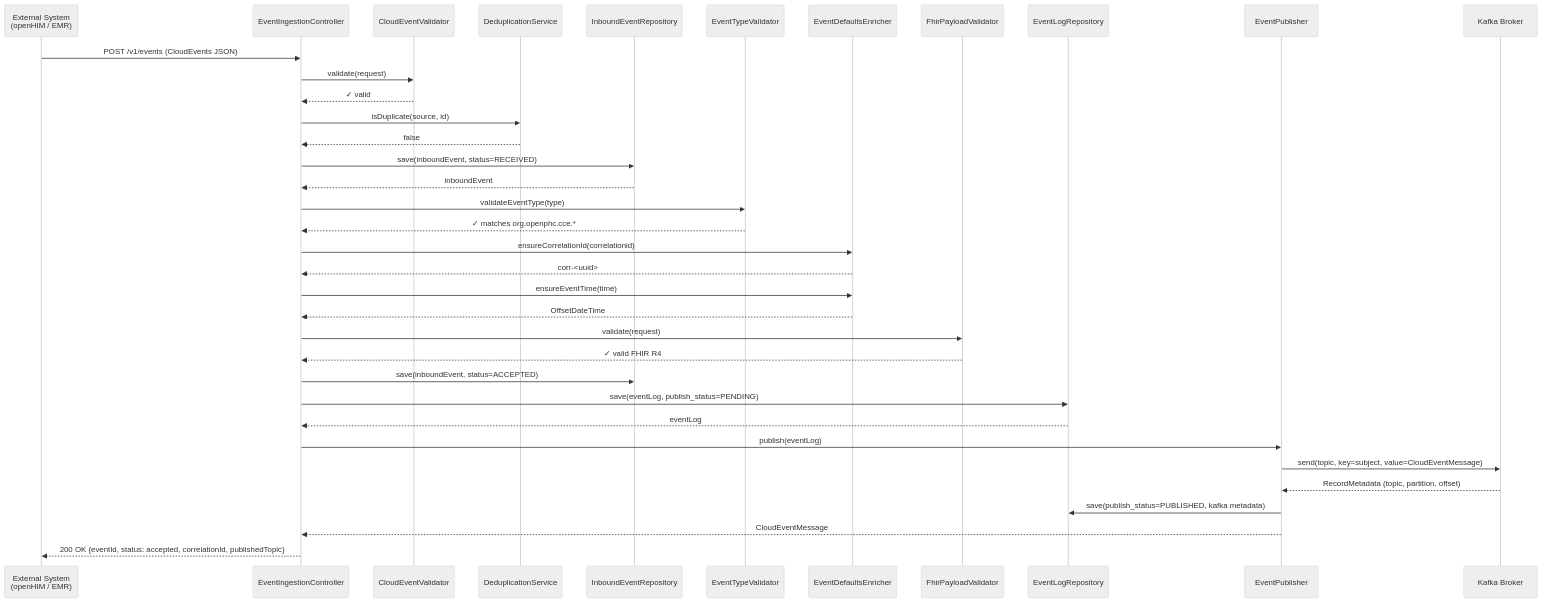
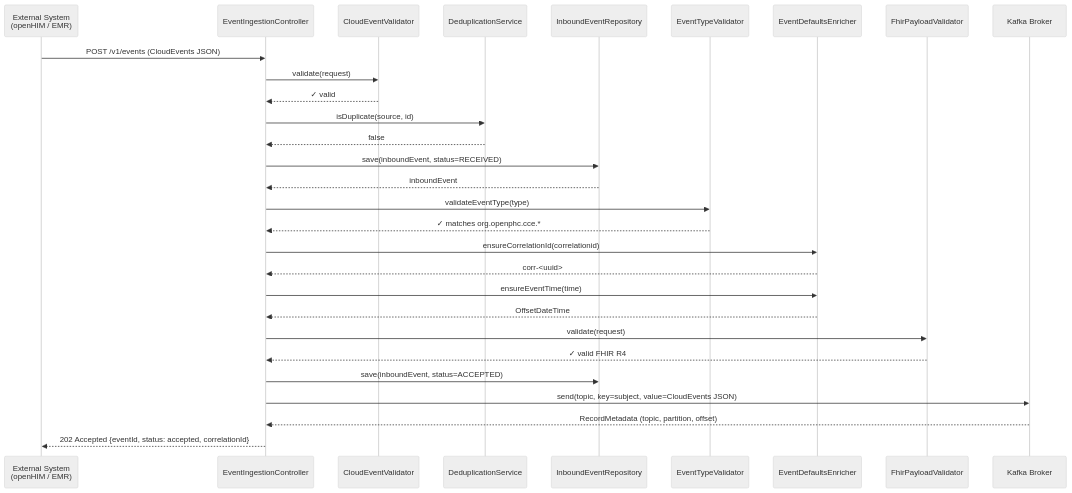
One commit to Jayaprakash8887/cce-collector-service changed the second of 7 diagrams in docs/flow-diagrams.md. Above: the diagram before and after it, drawn with Mermaid (neutral theme). The commit also changed other lines of this file and 6 other files, not shown here.

````diff
--- a/docs/flow-diagrams.md
+++ b/docs/flow-diagrams.md
@@ -61,47 +59,39 @@
 ```mermaid
 sequenceDiagram
     participant Client as External System<br/>(openHIM / EMR)
     participant Controller as EventIngestionController
     participant Validator as CloudEventValidator
     participant Dedup as DeduplicationService
     participant Repo as InboundEventRepository
     participant TypeValidator as EventTypeValidator
     participant Defaults as EventDefaultsEnricher
     participant FHIR as FhirPayloadValidator
-    participant EventLog as EventLogRepository
-    participant Publisher as EventPublisher
     participant Kafka as Kafka Broker
 
     Client->>Controller: POST /v1/events (CloudEvents JSON)
     Controller->>Validator: validate(request)
     Validator-->>Controller: ✓ valid
 
     Controller->>Dedup: isDuplicate(source, id)
     Dedup-->>Controller: false
 
     Controller->>Repo: save(inboundEvent, status=RECEIVED)
     Repo-->>Controller: inboundEvent
 
     Controller->>TypeValidator: validateEventType(type)
     TypeValidator-->>Controller: ✓ matches org.openphc.cce.*
     Controller->>Defaults: ensureCorrelationId(correlationid)
     Defaults-->>Controller: corr-<uuid>
     Controller->>Defaults: ensureEventTime(time)
     Defaults-->>Controller: OffsetDateTime
 
     Controller->>FHIR: validate(request)
     FHIR-->>Controller: ✓ valid FHIR R4
 
     Controller->>Repo: save(inboundEvent, status=ACCEPTED)
 
-    Controller->>EventLog: save(eventLog, publish_status=PENDING)
-    EventLog-->>Controller: eventLog
+    Controller->>Kafka: send(topic, key=subject, value=CloudEvents JSON)
+    Kafka-->>Controller: RecordMetadata (topic, partition, offset)
 
-    Controller->>Publisher: publish(eventLog)
-    Publisher->>Kafka: send(topic, key=subject, value=CloudEventMessage)
-    Kafka-->>Publisher: RecordMetadata (topic, partition, offset)
-    Publisher->>EventLog: save(publish_status=PUBLISHED, kafka metadata)
-    Publisher-->>Controller: CloudEventMessage
-
-    Controller-->>Client: 200 OK {eventId, status: accepted, correlationId, publishedTopic}
+    Controller-->>Client: 202 Accepted {eventId, status: accepted, correlationId}
 ```
````
